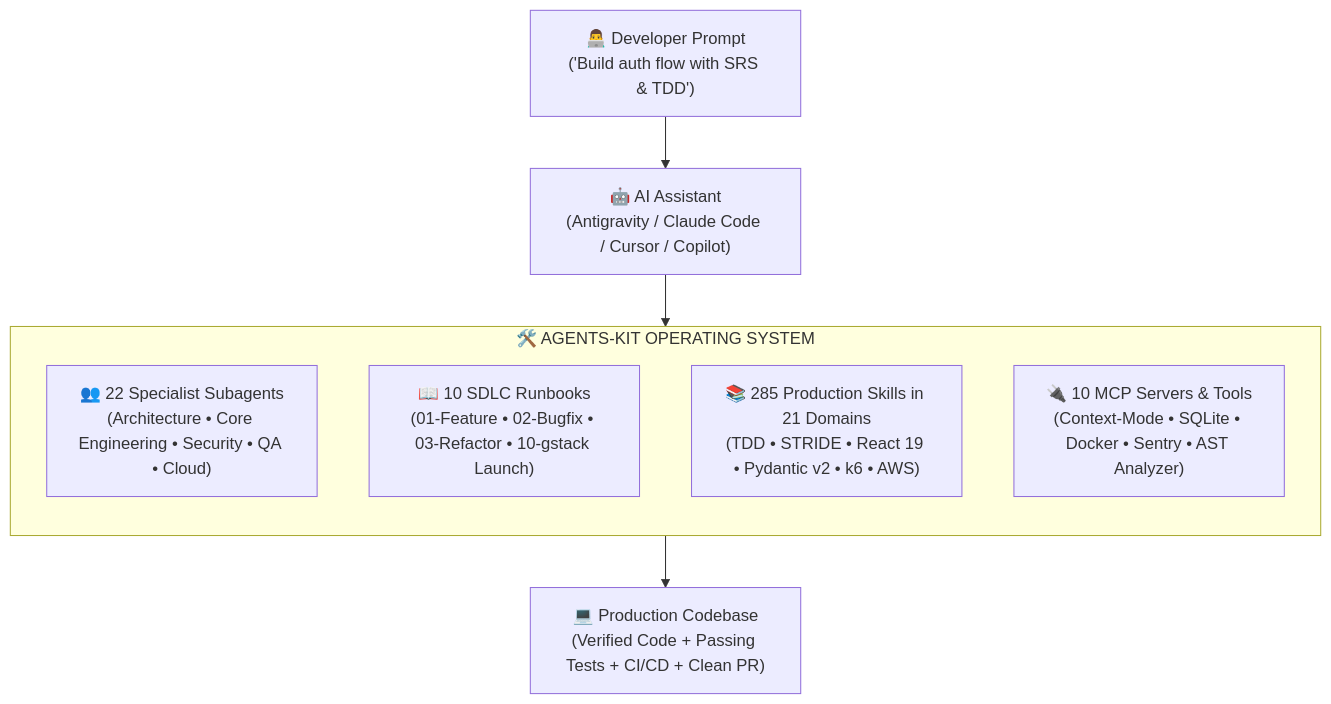
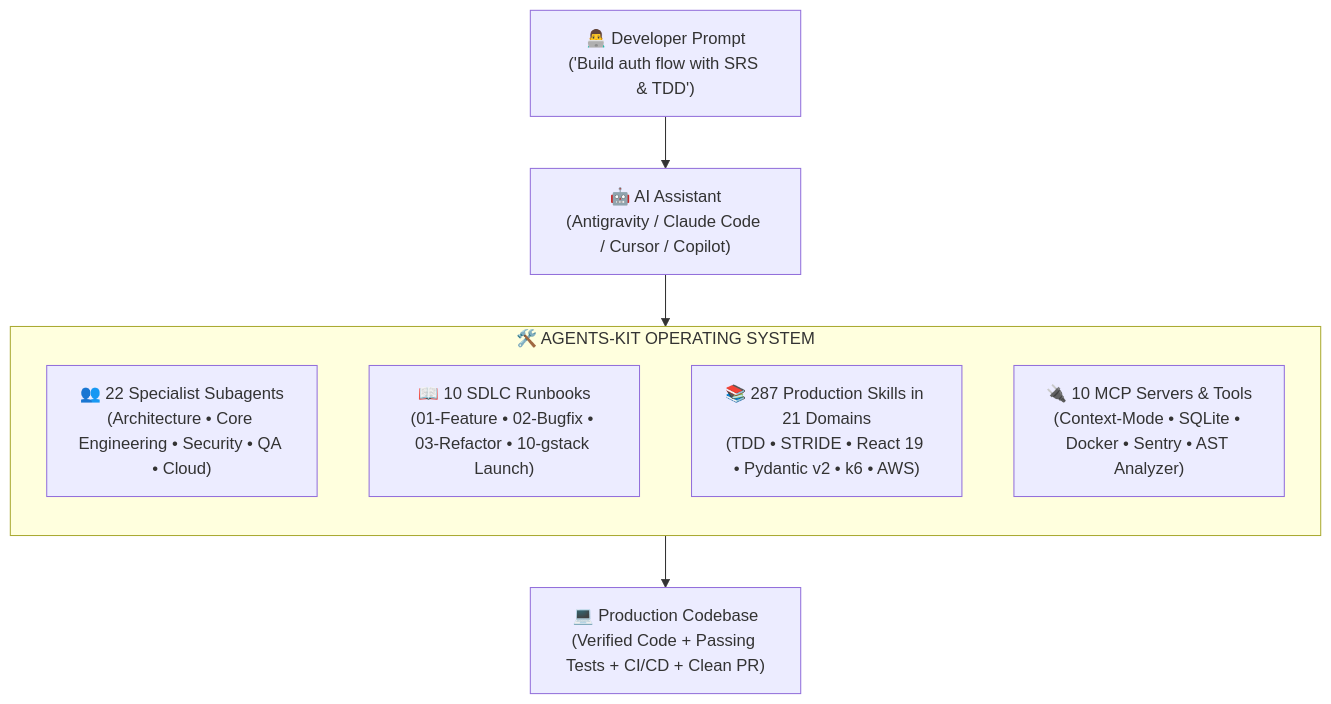
One commit to hienpham0344/Agent-kit changed the first of 2 diagrams in README.md. Above: the diagram before and after it, drawn with Mermaid. The commit also changed other lines of this file and 1 other file, not shown here.

````diff
--- a/README.md
+++ b/README.md
@@ -58,15 +58,15 @@
 ```mermaid
 flowchart TD
     User["👨‍💻 Developer Prompt<br/>('Build auth flow with SRS & TDD')"] --> Assistant["🤖 AI Assistant<br/>(Antigravity / Claude Code / Cursor / Copilot)"]
     
     subgraph AK["🛠️ AGENTS-KIT OPERATING SYSTEM"]
         direction TB
         Squads["👥 22 Specialist Subagents<br/>(Architecture • Core Engineering • Security • QA • Cloud)"]
         Runbooks["📖 10 SDLC Runbooks<br/>(01-Feature • 02-Bugfix • 03-Refactor • 10-gstack Launch)"]
-        Skills["📚 285 Production Skills in 21 Domains<br/>(TDD • STRIDE • React 19 • Pydantic v2 • k6 • AWS)"]
+        Skills["📚 287 Production Skills in 21 Domains<br/>(TDD • STRIDE • React 19 • Pydantic v2 • k6 • AWS)"]
         MCP["🔌 10 MCP Servers & Tools<br/>(Context-Mode • SQLite • Docker • Sentry • AST Analyzer)"]
     end
 
     Assistant --> AK
     AK --> Codebase["💻 Production Codebase<br/>(Verified Code + Passing Tests + CI/CD + Clean PR)"]
 ```
````
